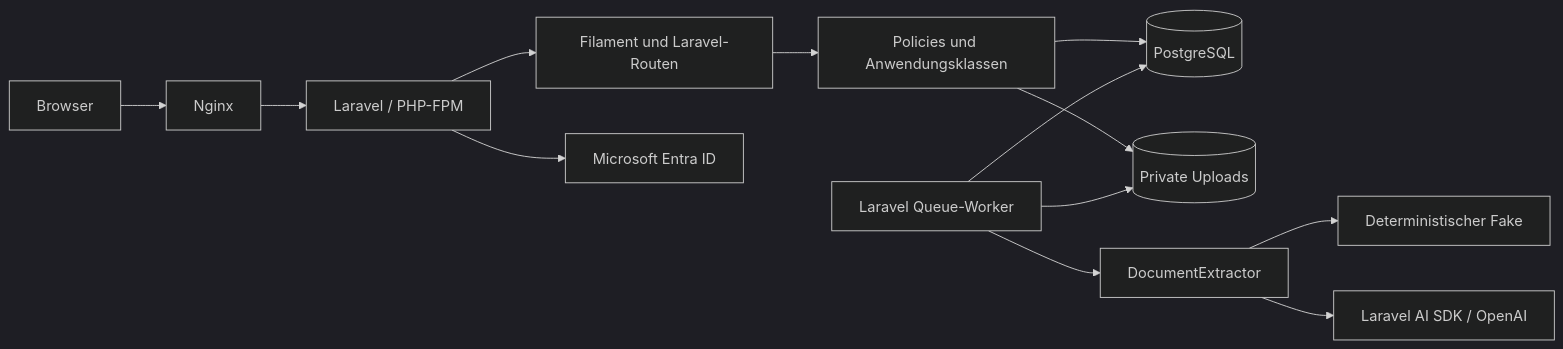
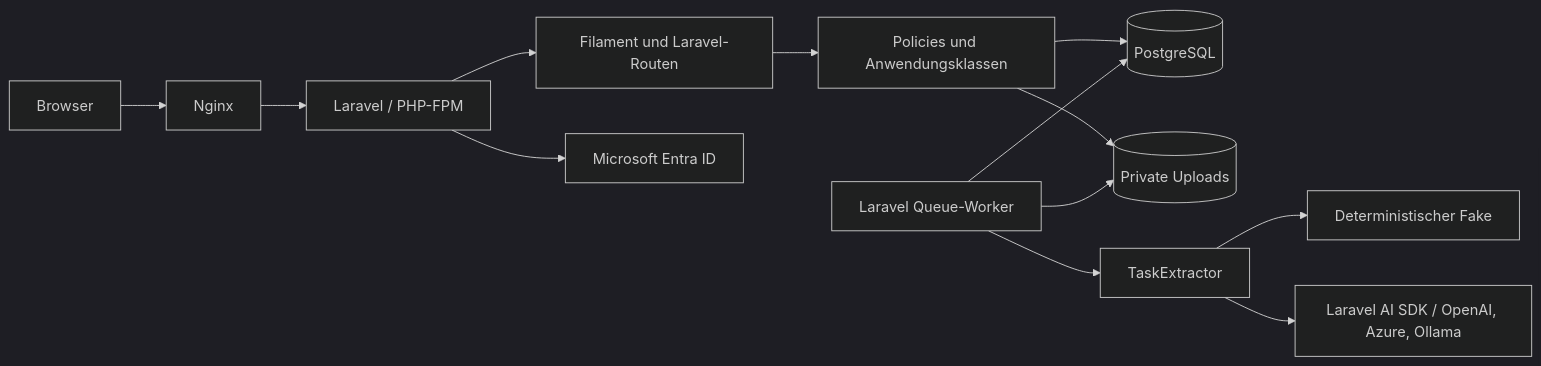
Before and after one commit to nilsreich/company-ai-template: the first of 2 diagrams in docs/template-handbuch.md, drawn with Mermaid (dark theme). The commit also changed other lines of this file and 164 other files, not shown here.

````diff
--- a/docs/template-handbuch.md
+++ b/docs/template-handbuch.md
@@ -128,15 +128,15 @@
 ```mermaid
 flowchart LR
     B[Browser] --> W[Nginx]
     W --> A[Laravel / PHP-FPM]
     A --> F[Filament und Laravel-Routen]
     F --> P[Policies und Anwendungsklassen]
     P --> D[(PostgreSQL)]
     P --> S[(Private Uploads)]
     Q[Laravel Queue-Worker] --> D
     Q --> S
-    Q --> X[DocumentExtractor]
+    Q --> X[TaskExtractor]
     X --> K[Deterministischer Fake]
-    X --> L[Laravel AI SDK / OpenAI]
+    X --> L[Laravel AI SDK / OpenAI, Azure, Ollama]
     A --> E[Microsoft Entra ID]
 ```
````
